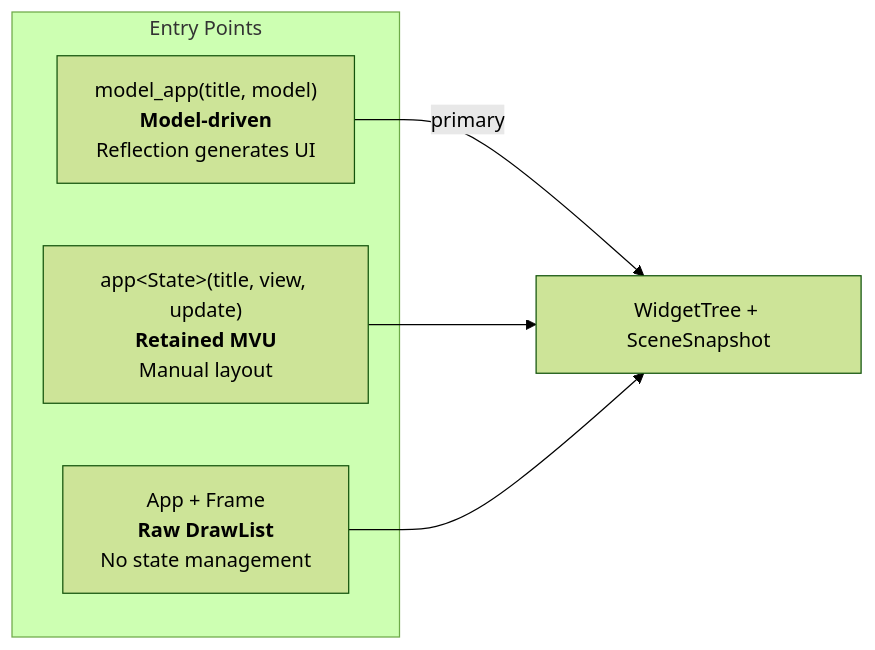
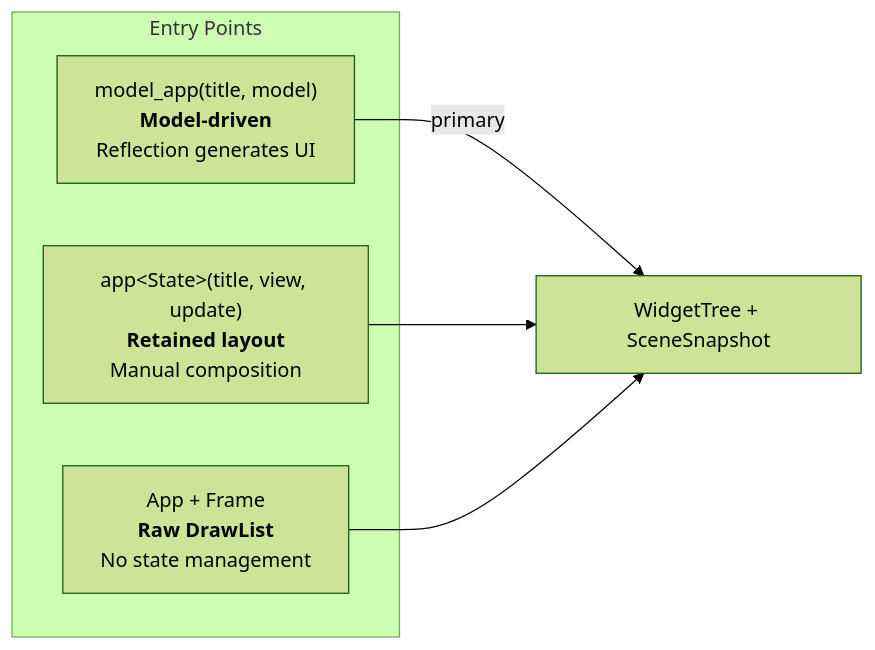
The fourth of 6 diagrams in README.md (jeandet/PRSIM), drawn with Mermaid (forest theme) before and after one commit. The commit also changed other lines of this file, not shown here.

First line of the commit message:
docs: sync top-level README with MVB architecture and current widget set

````diff
--- a/README.md
+++ b/README.md
@@ -128,11 +143,11 @@
 ```mermaid
 graph LR
     subgraph "Entry Points"
         MA["model_app(title, model)<br/><b>Model-driven</b><br/>Reflection generates UI"]
-        MVU["app&lt;State&gt;(title, view, update)<br/><b>Retained MVU</b><br/>Manual layout"]
+        MVU["app&lt;State&gt;(title, view, update)<br/><b>Retained layout</b><br/>Manual composition"]
         RAW["App + Frame<br/><b>Raw DrawList</b><br/>No state management"]
     end
     MA -->|primary| W[WidgetTree + SceneSnapshot]
     MVU --> W
     RAW --> W
 ```
````
